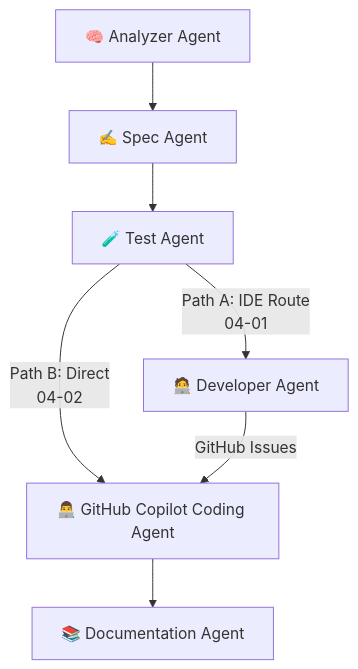
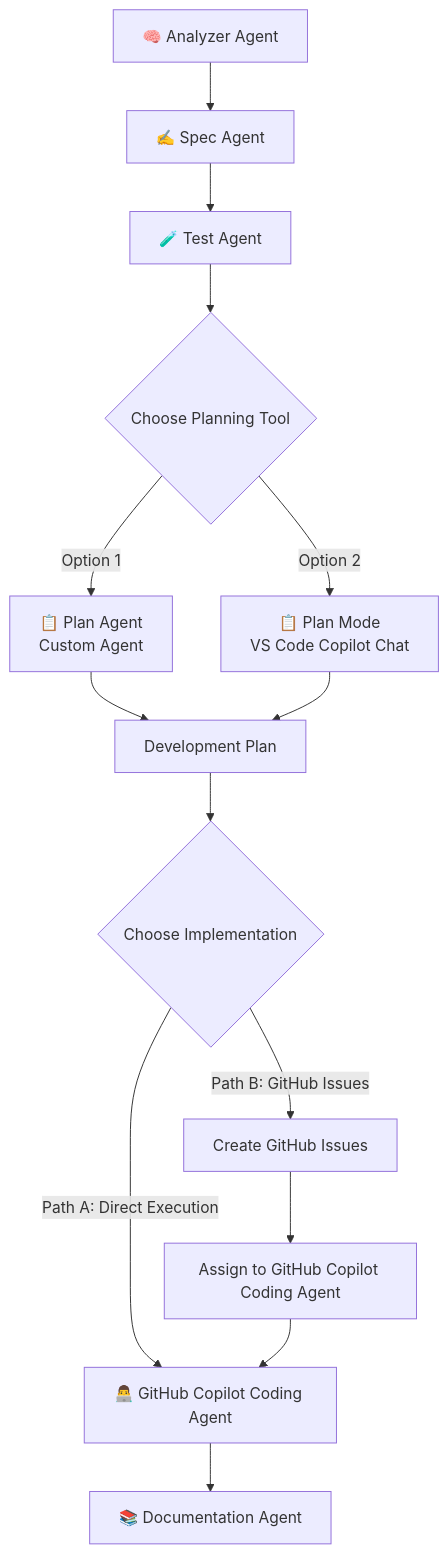
Before and after one commit to pascalvanderheiden/pascal-to-java-ai-dev-template-copilot: the diagram in docs/agent-flow.md, drawn with Mermaid. The commit also changed other lines of this file and 16 other files, not shown here.

Commit message:
Refactor agent structure: add contributor and plan agents, update documentation, and enhance agent handoffs

````diff
--- a/docs/agent-flow.md
+++ b/docs/agent-flow.md
@@ -12,9 +12,16 @@
 ```mermaid
 flowchart TD
     A[🧠 Analyzer Agent] --> B[✍️ Spec Agent]
     B --> C[🧪 Test Agent]
-    C -->|Path A: IDE Route<br/>04-01| D[🧑‍💻 Developer Agent]
-    C -->|Path B: Direct<br/>04-02| F[👨‍💻 GitHub Copilot Coding Agent]
-    D -->|GitHub Issues| F
+    C --> CHOICE{Choose Planning Tool}
+    CHOICE -->|Option 1| D[📋 Plan Agent<br/>Custom Agent]
+    CHOICE -->|Option 2| G[📋 Plan Mode<br/>VS Code Copilot Chat]
+    D --> PLAN[Development Plan]
+    G --> PLAN
+    PLAN --> IMPL{Choose Implementation}
+    IMPL -->|Path A: Direct Execution| F[👨‍💻 GitHub Copilot Coding Agent]
+    IMPL -->|Path B: GitHub Issues| H[Create GitHub Issues]
+    H --> I[Assign to GitHub Copilot Coding Agent]
+    I --> F
     F --> E[📚 Documentation Agent]
 ```
````
